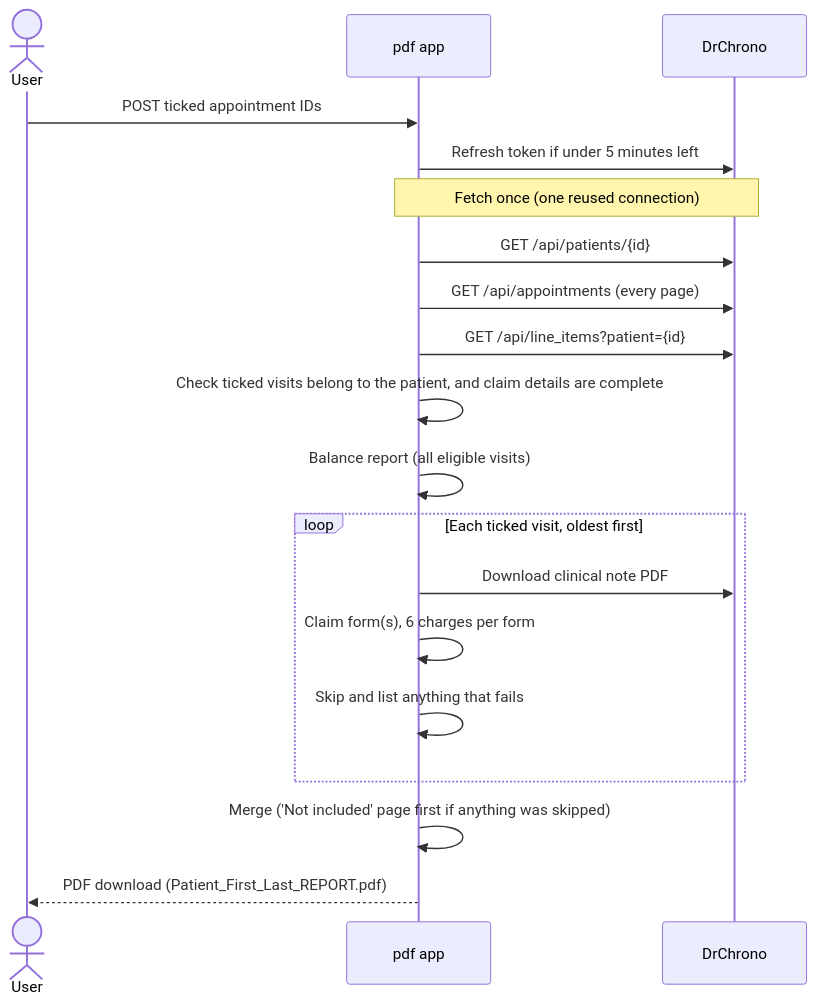
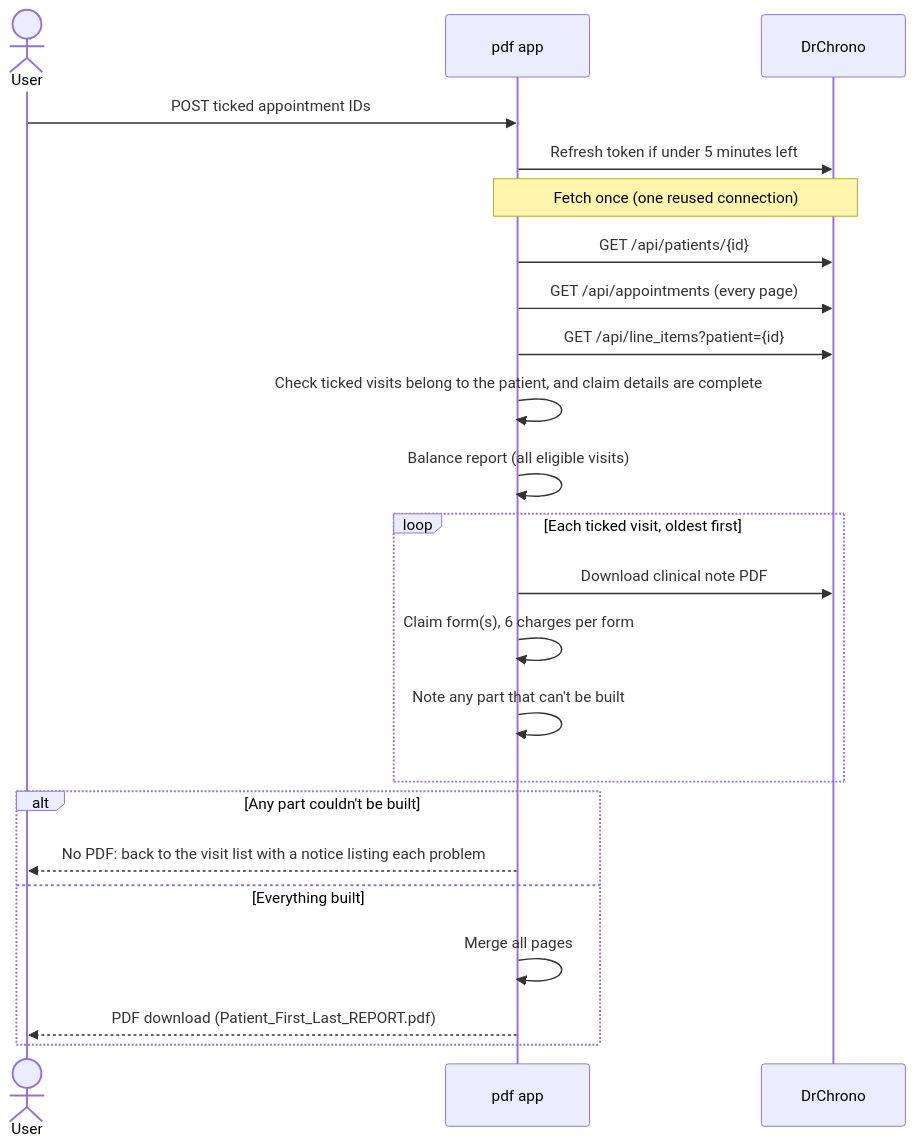
The second of 2 diagrams in SYSTEM_MAP.md (Pirateqeq/DrChrono_PDF_Compiler), drawn with Mermaid before and after one commit. The commit also changed other lines of this file and 6 other files, not shown here.

First line of the commit message:
PDF is all or nothing: stop with a notice instead of skipping parts

````diff
--- a/SYSTEM_MAP.md
+++ b/SYSTEM_MAP.md
@@ -62,22 +62,26 @@
 ```mermaid
 sequenceDiagram
     actor User
     participant PDF as pdf app
     participant DC as DrChrono
 
     User->>PDF: POST ticked appointment IDs
     PDF->>DC: Refresh token if under 5 minutes left
     Note over PDF,DC: Fetch once (one reused connection)
     PDF->>DC: GET /api/patients/{id}
     PDF->>DC: GET /api/appointments (every page)
     PDF->>DC: GET /api/line_items?patient={id}
     PDF->>PDF: Check ticked visits belong to the patient, and claim details are complete
     PDF->>PDF: Balance report (all eligible visits)
     loop Each ticked visit, oldest first
         PDF->>DC: Download clinical note PDF
         PDF->>PDF: Claim form(s), 6 charges per form
-        PDF->>PDF: Skip and list anything that fails
+        PDF->>PDF: Note any part that can't be built
     end
-    PDF->>PDF: Merge ('Not included' page first if anything was skipped)
-    PDF-->>User: PDF download (Patient_First_Last_REPORT.pdf)
+    alt Any part couldn't be built
+        PDF-->>User: No PDF: back to the visit list with a notice listing each problem
+    else Everything built
+        PDF->>PDF: Merge all pages
+        PDF-->>User: PDF download (Patient_First_Last_REPORT.pdf)
+    end
 ```
````
